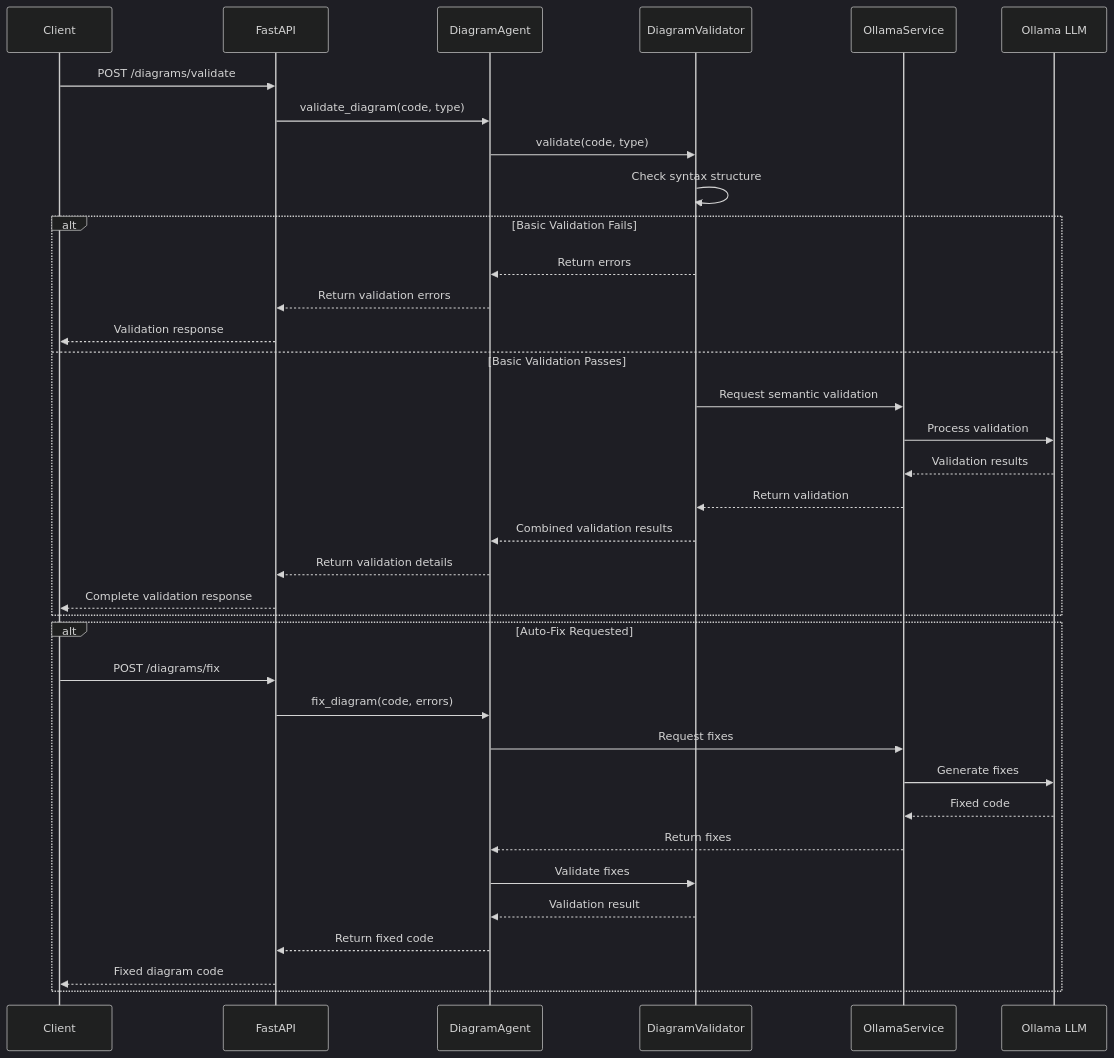
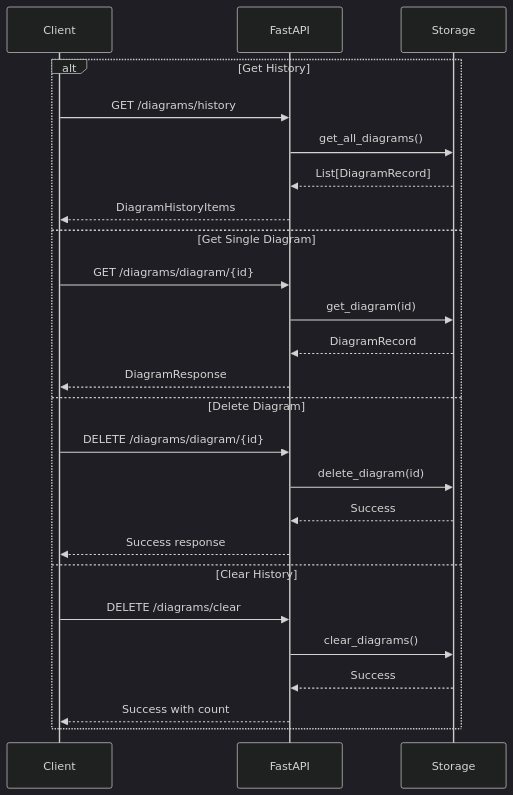
One commit to minimalefforttech/diagram_generator changed the third of 4 diagrams in docs/diagrams/sequence-flow.md. Above: the diagram before and after it, drawn with Mermaid (dark theme). The commit also changed other lines of this file and 14 other files, not shown here.

````diff
--- a/docs/diagrams/sequence-flow.md
+++ b/docs/diagrams/sequence-flow.md
@@ -73,42 +104,31 @@
 ```mermaid
 sequenceDiagram
     participant Client
     participant API as FastAPI
-    participant DA as DiagramAgent
-    participant VAL as DiagramValidator
-    participant OS as OllamaService
-    participant LLM as Ollama LLM
-
-    Client->>API: POST /diagrams/validate
-    API->>DA: validate_diagram(code, type)
+    participant DB as Storage
     
-    DA->>VAL: validate(code, type)
-    VAL->>VAL: Check syntax structure
-    
-    alt Basic Validation Fails
-        VAL-->>DA: Return errors
-        DA-->>API: Return validation errors
-        API-->>Client: Validation response
-    else Basic Validation Passes
-        VAL->>OS: Request semantic validation
-        OS->>LLM: Process validation
-        LLM-->>OS: Validation results
-        OS-->>VAL: Return validation
-        VAL-->>DA: Combined validation results
-        DA-->>API: Return validation details
-        API-->>Client: Complete validation response
-    end
-
-    alt Auto-Fix Requested
-        Client->>API: POST /diagrams/fix
-        API->>DA: fix_diagram(code, errors)
-        DA->>OS: Request fixes
-        OS->>LLM: Generate fixes
-        LLM-->>OS: Fixed code
-        OS-->>DA: Return fixes
-        DA->>VAL: Validate fixes
-        VAL-->>DA: Validation result
-        DA-->>API: Return fixed code
-        API-->>Client: Fixed diagram code
+    alt Get History
+        Client->>API: GET /diagrams/history
+        API->>DB: get_all_diagrams()
+        DB-->>API: List[DiagramRecord]
+        API-->>Client: DiagramHistoryItems
+        
+    else Get Single Diagram
+        Client->>API: GET /diagrams/diagram/{id}
+        API->>DB: get_diagram(id)
+        DB-->>API: DiagramRecord
+        API-->>Client: DiagramResponse
+        
+    else Delete Diagram
+        Client->>API: DELETE /diagrams/diagram/{id}
+        API->>DB: delete_diagram(id)
+        DB-->>API: Success
+        API-->>Client: Success response
+        
+    else Clear History
+        Client->>API: DELETE /diagrams/clear
+        API->>DB: clear_diagrams()
+        DB-->>API: Success
+        API-->>Client: Success with count
     end
 ```
````
